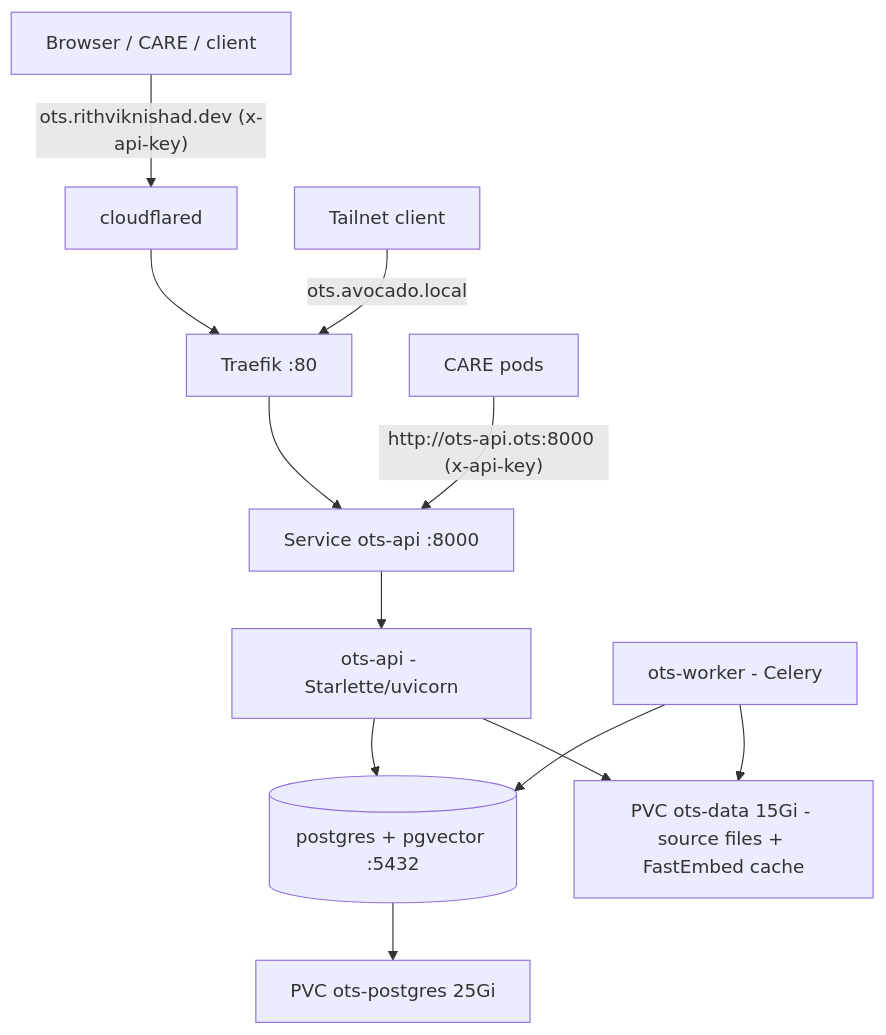
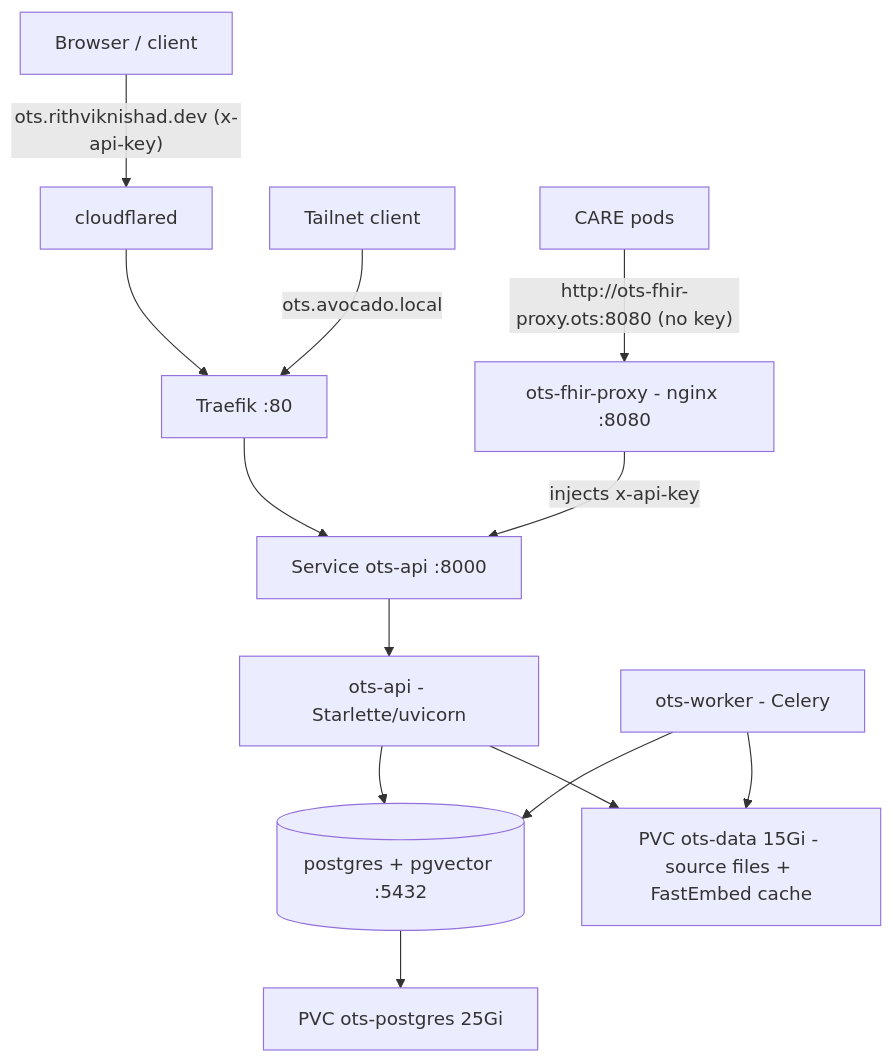
One commit to rithviknishad/systems.nix changed the diagram in docs/ots.md. Above: the diagram before and after it, drawn with Mermaid. The commit also changed other lines of this file and 1 other file, not shown here.

First line of the commit message:
ots: add in-cluster FHIR auth-injecting proxy for CARE

````diff
--- a/docs/ots.md
+++ b/docs/ots.md
@@ -22,14 +22,15 @@
 ```mermaid
 flowchart TB
-    user[Browser / CARE / client] -->|"ots.rithviknishad.dev (x-api-key)"| tunnel[cloudflared]
+    user[Browser / client] -->|"ots.rithviknishad.dev (x-api-key)"| tunnel[cloudflared]
     ts[Tailnet client] -->|"ots.avocado.local"| traefik
-    care[CARE pods] -->|"http://ots-api.ots:8000 (x-api-key)"| svc
+    care[CARE pods] -->|"http://ots-fhir-proxy.ots:8080 (no key)"| proxy[ots-fhir-proxy - nginx :8080]
+    proxy -->|"injects x-api-key"| svc
     tunnel --> traefik[Traefik :80]
     traefik --> svc[Service ots-api :8000]
     svc --> api[ots-api - Starlette/uvicorn]
     worker[ots-worker - Celery] --> pg[(postgres + pgvector :5432)]
     api --> pg
     pg --> pgpvc[PVC ots-postgres 25Gi]
     api --> datapvc[PVC ots-data 15Gi - source files + FastEmbed cache]
     worker --> datapvc
 ```
````
